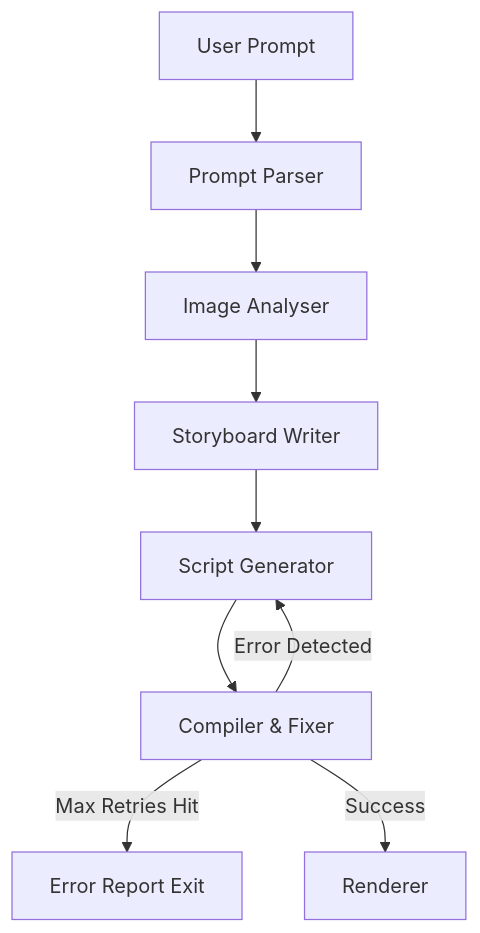
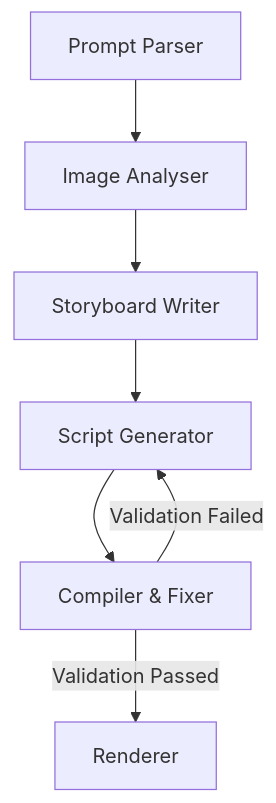
The diagram in README.md (Siddhantjadhav69/Image-to-Video-Multiagent-Pipeline), drawn with Mermaid before and after one commit. The commit also changed other lines of this file, not shown here.

````diff
--- a/README.md
+++ b/README.md
@@ -16,12 +73,10 @@
 ```mermaid
 graph TD
-    A[User Prompt] --> B[Prompt Parser]
-    B --> C[Image Analyser]
-    C --> D[Storyboard Writer]
-    D --> E[Script Generator]
-    E --> F[Compiler & Fixer]
-    
-    F -->|Error Detected| E
-    F -->|Max Retries Hit| G[Error Report Exit]
-    F -->|Success| H[Renderer]
+    A[Prompt Parser] --> B[Image Analyser]
+    B --> C[Storyboard Writer]
+    C --> D[Script Generator]
+    D --> E[Compiler & Fixer]
+    E -- Validation Failed --> D
+    E -- Validation Passed --> F[Renderer]
+
 ```
````
